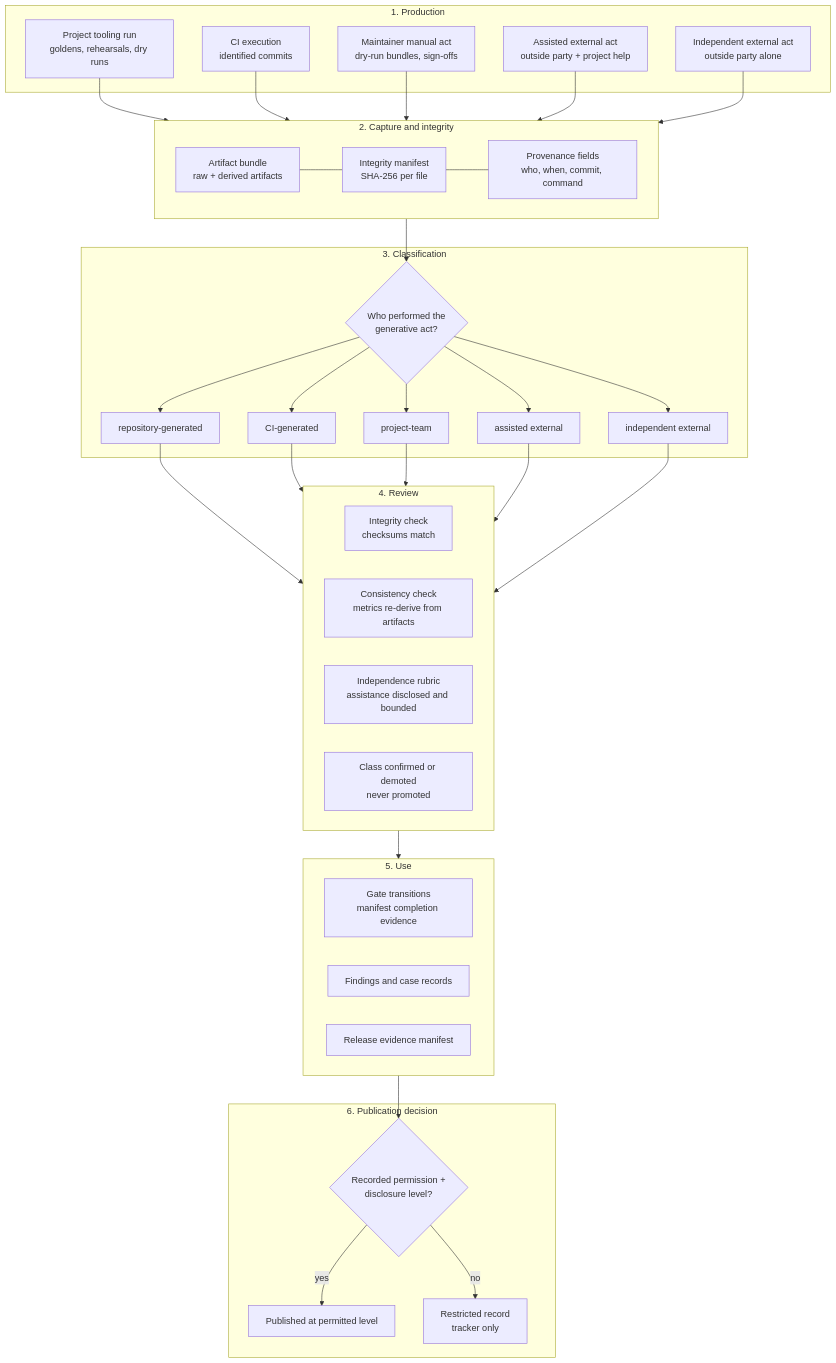
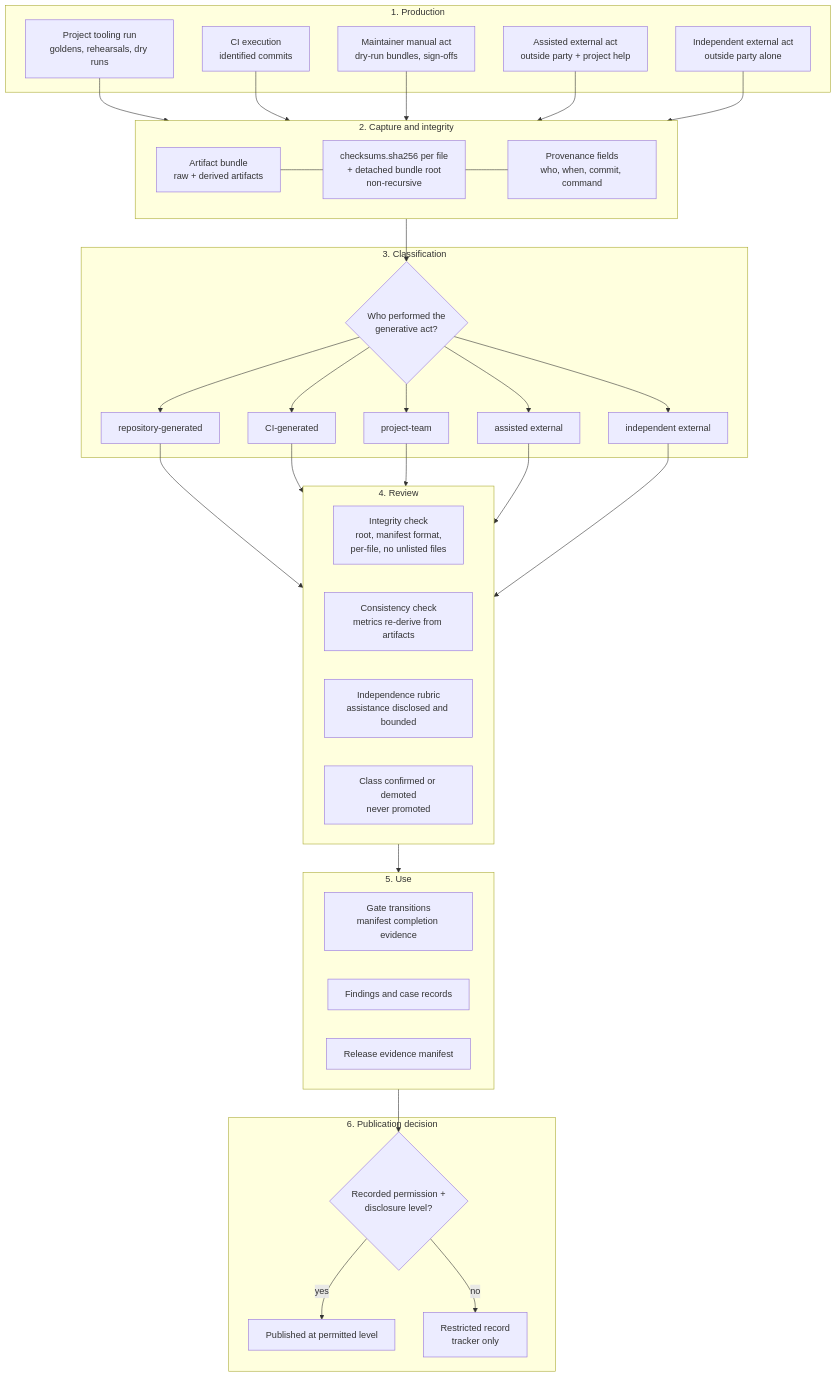
One commit to Harimay23/cav-bench changed the diagram in docs/diagrams/validation-evidence-lifecycle.md. Above: the diagram before and after it, drawn with Mermaid. The commit also changed other lines of this file and 12 other files, not shown here.

````diff
--- a/docs/diagrams/validation-evidence-lifecycle.md
+++ b/docs/diagrams/validation-evidence-lifecycle.md
@@ -18,54 +18,54 @@
 ```mermaid
 flowchart TB
     subgraph produce [1. Production]
         P1[Project tooling run<br/>goldens, rehearsals, dry runs]
         P2[CI execution<br/>identified commits]
         P3[Maintainer manual act<br/>dry-run bundles, sign-offs]
         P4[Assisted external act<br/>outside party + project help]
         P5[Independent external act<br/>outside party alone]
     end
 
     subgraph capture [2. Capture and integrity]
         C1[Artifact bundle<br/>raw + derived artifacts]
-        C2[Integrity manifest<br/>SHA-256 per file]
+        C2[checksums.sha256 per file<br/>+ detached bundle root<br/>non-recursive]
         C3[Provenance fields<br/>who, when, commit, command]
         C1 --- C2 --- C3
     end
 
     subgraph classify [3. Classification]
         K{Who performed the<br/>generative act?}
         E1[repository-generated]
         E2[CI-generated]
         E3[project-team]
         E4[assisted external]
         E5[independent external]
     end
 
     subgraph review [4. Review]
-        R1[Integrity check<br/>checksums match]
+        R1[Integrity check<br/>root, manifest format,<br/>per-file, no unlisted files]
         R2[Consistency check<br/>metrics re-derive from artifacts]
         R3[Independence rubric<br/>assistance disclosed and bounded]
         R4[Class confirmed or demoted<br/>never promoted]
     end
 
     subgraph use [5. Use]
         U1[Gate transitions<br/>manifest completion evidence]
         U2[Findings and case records]
         U3[Release evidence manifest]
     end
 
     subgraph publish [6. Publication decision]
         D1{Recorded permission +<br/>disclosure level?}
         D2[Published at permitted level]
         D3[Restricted record<br/>tracker only]
     end
 
     P1 & P2 & P3 & P4 & P5 --> capture
     capture --> K
     K --> E1 & E2 & E3 & E4 & E5
     E1 & E2 & E3 & E4 & E5 --> review
     review --> use
     use --> D1
     D1 -- yes --> D2
     D1 -- no --> D3
 ```
````
